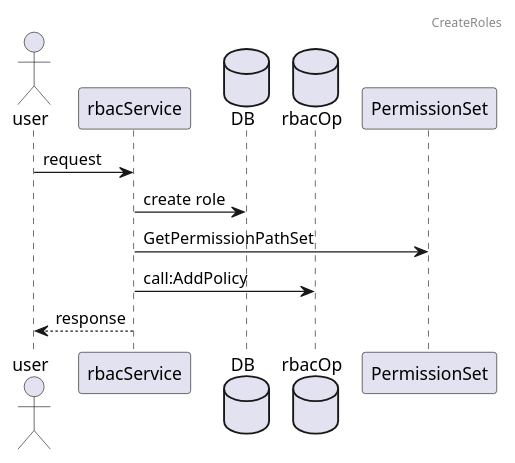
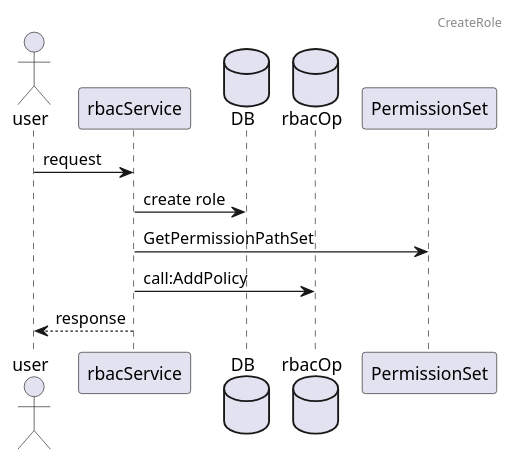
Diagram 33 of 42 in docs/api/appendix/plantuml/rudder.md (tkeel-io/docs), drawn with PlantUML before and after one commit. The commit also changed other lines of this file and 2 other files, not shown here.

Commit message:
feat(API): rudder uml

````diff
--- a/docs/api/appendix/plantuml/rudder.md
+++ b/docs/api/appendix/plantuml/rudder.md
@@ -398,17 +599,17 @@
 ```plantuml
 
-header CreateRoles
+header CreateRole
 
 actor user
 participant rbacService
 database DB
 database rbacOp
 participant PermissionSet
 
 user->rbacService:request
 rbacService->DB:create role
 rbacService->PermissionSet:GetPermissionPathSet
 rbacService->rbacOp:call:AddPolicy
 rbacService-->user:response
 
 ```
````
